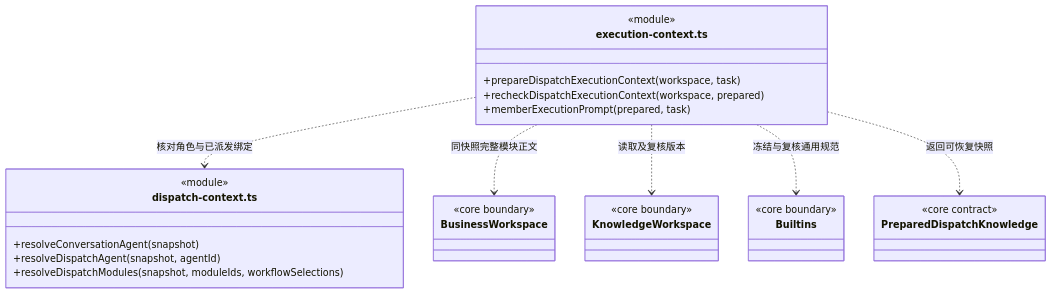
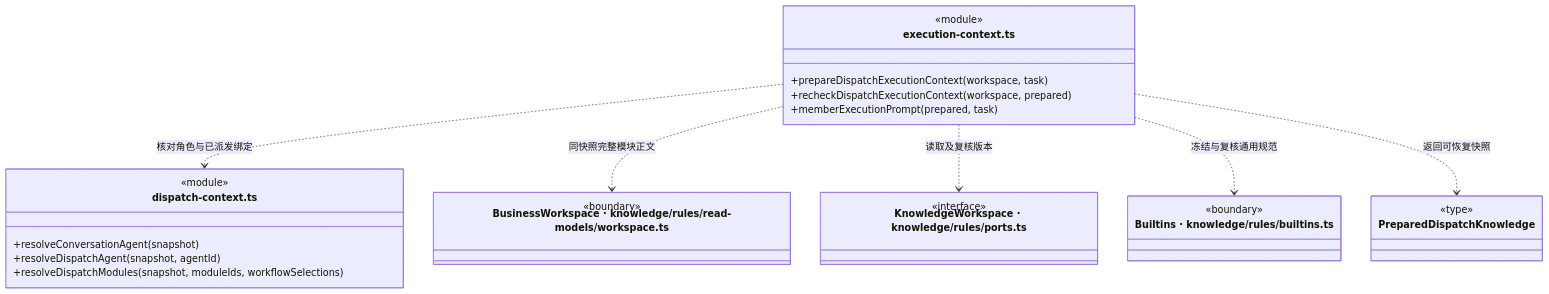
One commit to nan023062/cbim changed the first of 8 diagrams in src/logic/execution/context/ARCHITECTURE.md. Above: the diagram before and after it, drawn with Mermaid. The commit also changed other lines of this file and 112 other files, not shown here.

Commit message:
docs: align source architecture with current declarations and contracts

````diff
--- a/src/logic/execution/context/ARCHITECTURE.md
+++ b/src/logic/execution/context/ARCHITECTURE.md
@@ -109,24 +109,24 @@
 ```mermaid
 classDiagram
 class ExecutionContext["execution-context.ts"] {
   <<module>>
   +prepareDispatchExecutionContext(workspace, task)
   +recheckDispatchExecutionContext(workspace, prepared)
   +memberExecutionPrompt(prepared, task)
 }
 class DispatchContext["dispatch-context.ts"] {
   <<module>>
   +resolveConversationAgent(snapshot)
   +resolveDispatchAgent(snapshot, agentId)
   +resolveDispatchModules(snapshot, moduleIds, workflowSelections)
 }
-class BusinessWorkspace { <<core boundary>> }
-class KnowledgeWorkspace { <<core boundary>> }
-class Builtins { <<core boundary>> }
-class PreparedDispatchKnowledge { <<core contract>> }
+class BusinessWorkspace["BusinessWorkspace · knowledge/rules/read-models/workspace.ts"] { <<boundary>> }
+class KnowledgeWorkspace["KnowledgeWorkspace · knowledge/rules/ports.ts"] { <<interface>> }
+class Builtins["Builtins · knowledge/rules/builtins.ts"] { <<boundary>> }
+class PreparedDispatchKnowledge { <<type>> }
 ExecutionContext ..> DispatchContext : 核对角色与已派发绑定
 ExecutionContext ..> BusinessWorkspace : 同快照完整模块正文
 ExecutionContext ..> KnowledgeWorkspace : 读取及复核版本
 ExecutionContext ..> Builtins : 冻结与复核通用规范
 ExecutionContext ..> PreparedDispatchKnowledge : 返回可恢复快照
 ```
````
